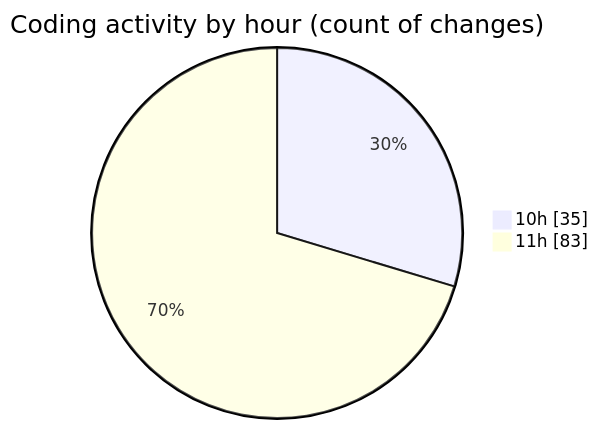
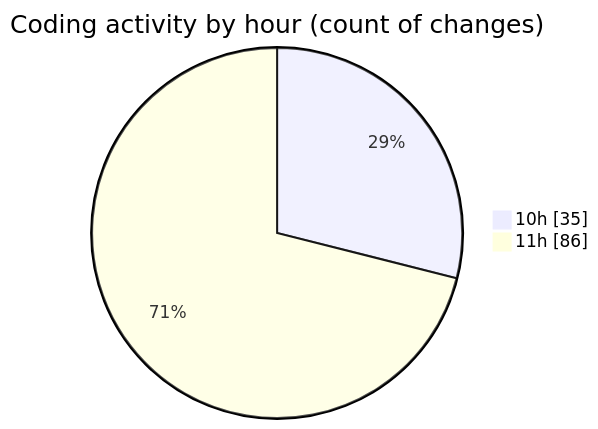
Before and after one commit to momahboobian/code-tracking: the second of 2 diagrams in 2025-03-28/cda/README.md, drawn with Mermaid. The commit also changed other lines of this file and 1 other file, not shown here.

````diff
--- a/2025-03-28/cda/README.md
+++ b/2025-03-28/cda/README.md
@@ -32,6 +32,6 @@
 ```mermaid
 pie showData
 title Coding activity by hour (count of changes)
 "10h" : 35
-"11h" : 83
+"11h" : 86
 ```
````
